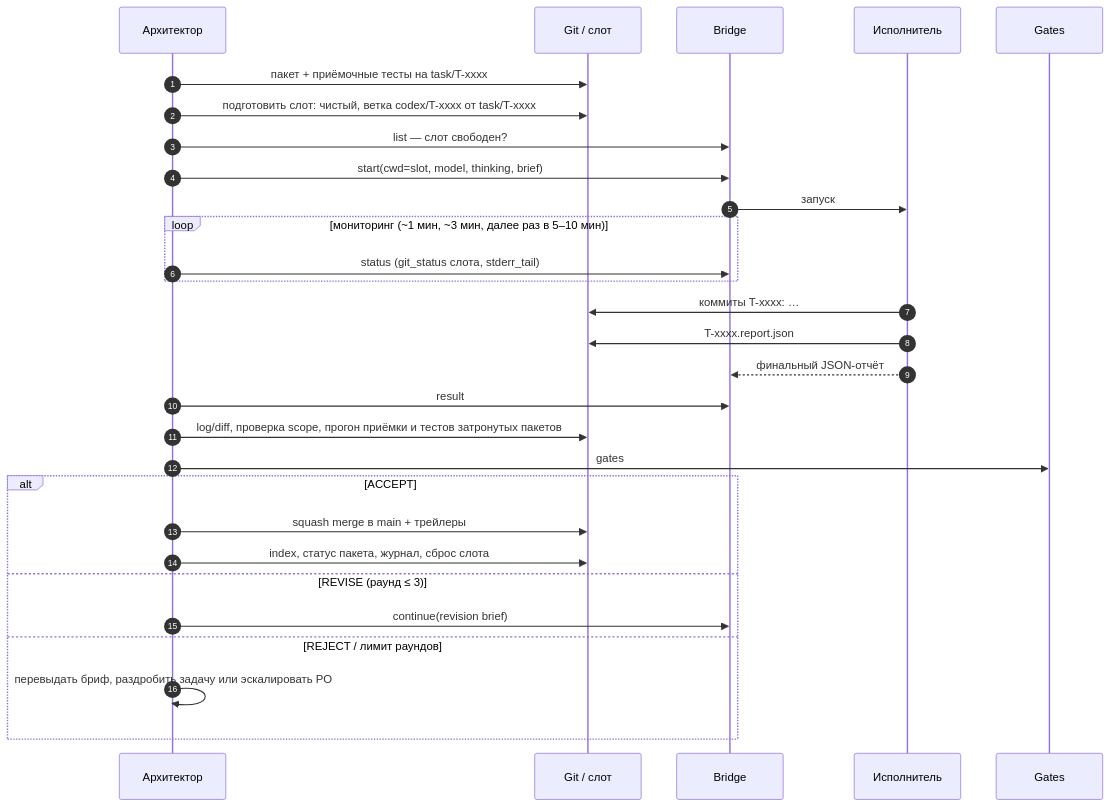
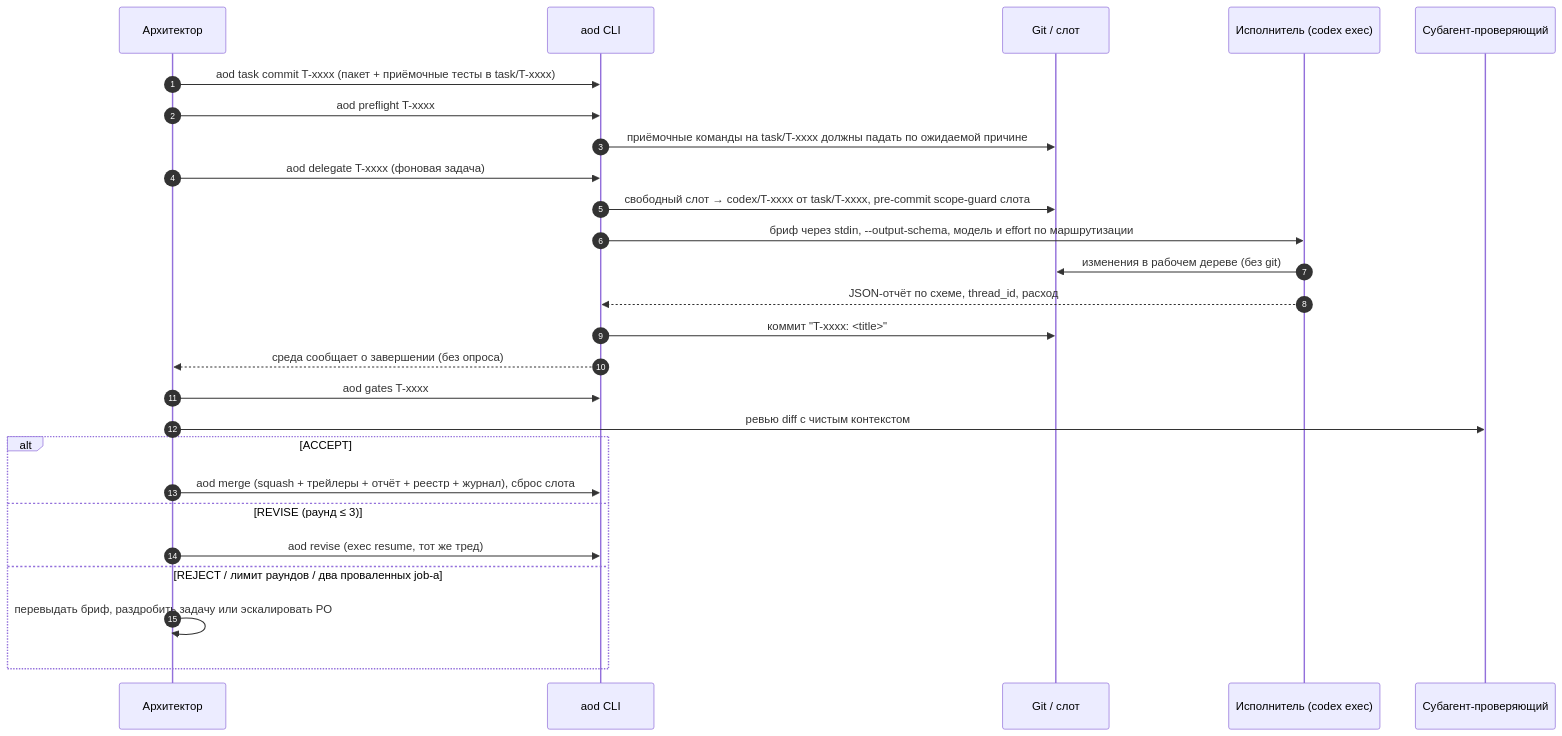
One commit to timursafiullin/aod changed the third of 4 diagrams in docs/aod-methodology.md. Above: the diagram before and after it, drawn with Mermaid. The commit also changed other lines of this file and 2 other files, not shown here.

First line of the commit message:
docs: update the Russian methodology to AOD 2.0

````diff
--- a/docs/aod-methodology.md
+++ b/docs/aod-methodology.md
@@ -413,32 +493,29 @@
 ```mermaid
 sequenceDiagram
     autonumber
     participant A as Архитектор
+    participant C as aod CLI
     participant G as Git / слот
-    participant B as Bridge
-    participant I as Исполнитель
-    participant CI as Gates
+    participant I as Исполнитель (codex exec)
+    participant R as Субагент-проверяющий
 
-    A->>G: пакет + приёмочные тесты на task/T-xxxx
-    A->>G: подготовить слот: чистый, ветка codex/T-xxxx от task/T-xxxx
-    A->>B: list — слот свободен?
-    A->>B: start(cwd=slot, model, thinking, brief)
-    B->>I: запуск
-    loop мониторинг (~1 мин, ~3 мин, далее раз в 5–10 мин)
-        A->>B: status (git_status слота, stderr_tail)
-    end
-    I->>G: коммиты T-xxxx: …
-    I->>G: T-xxxx.report.json
-    I-->>B: финальный JSON-отчёт
-    A->>B: result
-    A->>G: log/diff, проверка scope, прогон приёмки и тестов затронутых пакетов
-    A->>CI: gates
+    A->>C: aod task commit T-xxxx (пакет + приёмочные тесты в task/T-xxxx)
+    A->>C: aod preflight T-xxxx
+    C->>G: приёмочные команды на task/T-xxxx должны падать по ожидаемой причине
+    A->>C: aod delegate T-xxxx (фоновая задача)
+    C->>G: свободный слот → codex/T-xxxx от task/T-xxxx, pre-commit scope-guard слота
+    C->>I: бриф через stdin, --output-schema, модель и effort по маршрутизации
+    I->>G: изменения в рабочем дереве (без git)
+    I-->>C: JSON-отчёт по схеме, thread_id, расход
+    C->>G: коммит "T-xxxx: <title>"
+    C-->>A: среда сообщает о завершении (без опроса)
+    A->>C: aod gates T-xxxx
+    A->>R: ревью diff с чистым контекстом
     alt ACCEPT
-        A->>G: squash merge в main + трейлеры
-        A->>G: index, статус пакета, журнал, сброс слота
+        A->>C: aod merge (squash + трейлеры + отчёт + реестр + журнал), сброс слота
     else REVISE (раунд ≤ 3)
-        A->>B: continue(revision brief)
-    else REJECT / лимит раундов
+        A->>C: aod revise (exec resume, тот же тред)
+    else REJECT / лимит раундов / два проваленных job-а
         A->>A: перевыдать бриф, раздробить задачу или эскалировать PO
     end
 ```
````
